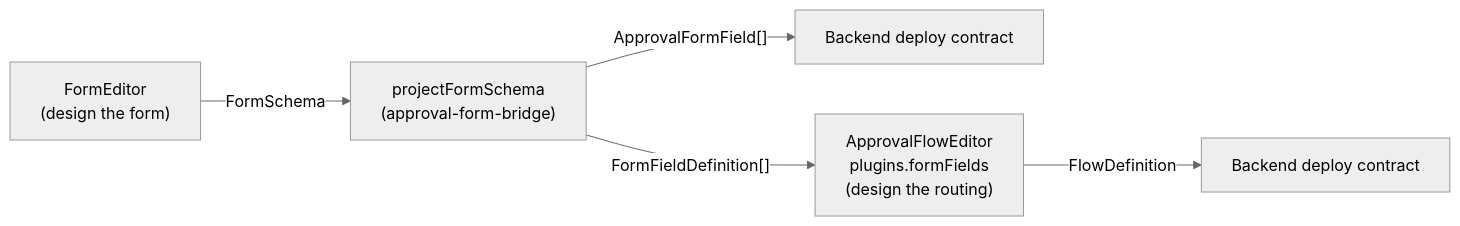
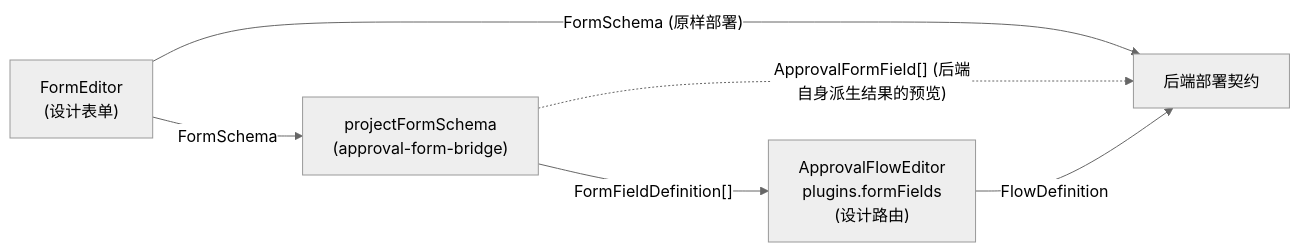
One commit to coldsmirk/vef-framework-react-docs changed the diagram in i18n/zh-Hans/docusaurus-plugin-content-docs/current/editors/overview.md. Above: the diagram before and after it, drawn with Mermaid (neutral theme). The commit also changed other lines of this file and 181 other files, not shown here.

````diff
--- a/i18n/zh-Hans/docusaurus-plugin-content-docs/current/editors/overview.md
+++ b/i18n/zh-Hans/docusaurus-plugin-content-docs/current/editors/overview.md
@@ -20,7 +20,8 @@
 ```mermaid
 flowchart LR
-    A["FormEditor\n(design the form)"] -->|FormSchema| B["projectFormSchema\n(approval-form-bridge)"]
-    B -->|"ApprovalFormField[]"| C["Backend deploy contract"]
-    B -->|"FormFieldDefinition[]"| D["ApprovalFlowEditor\nplugins.formFields\n(design the routing)"]
-    D -->|FlowDefinition| E["Backend deploy contract"]
+    A["FormEditor\n(设计表单)"] -->|"FormSchema"| B["projectFormSchema\n(approval-form-bridge)"]
+    A -->|"FormSchema (原样部署)"| E["后端部署契约"]
+    B -->|"FormFieldDefinition[]"| D["ApprovalFlowEditor\nplugins.formFields\n(设计路由)"]
+    B -.->|"ApprovalFormField[] (后端自身派生结果的预览)"| E
+    D -->|"FlowDefinition"| E
 ```
````
